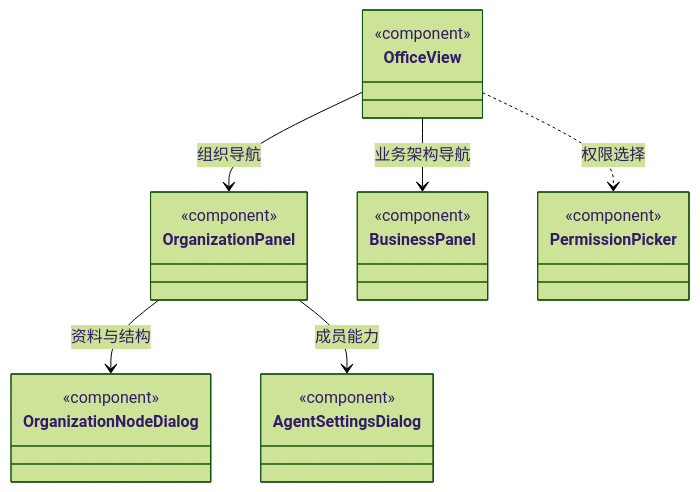
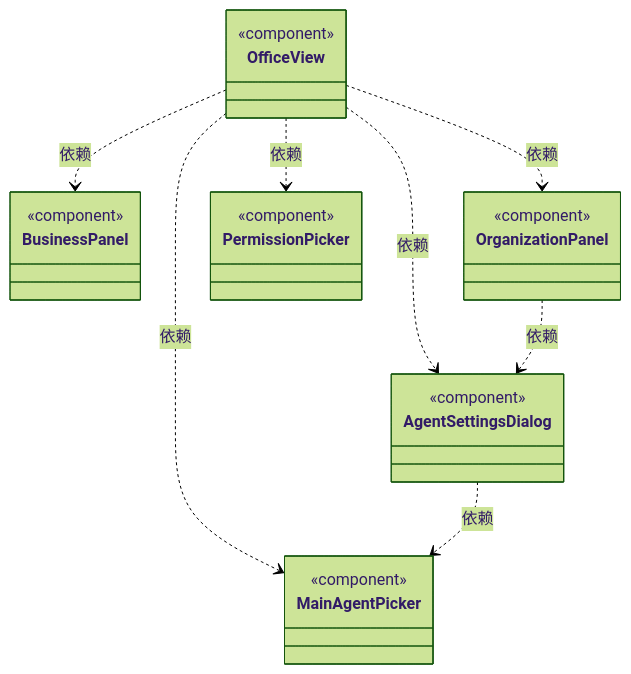
Before and after one commit to nan023062/cbim: the third of 4 diagrams in src/view-new/office/ARCHITECTURE.md, drawn with Mermaid (forest theme). The commit also changed other lines of this file and 24 other files, not shown here.

First line of the commit message:
chore: repair test ownership and architecture documentation

````diff
--- a/src/view-new/office/ARCHITECTURE.md
+++ b/src/view-new/office/ARCHITECTURE.md
@@ -49,31 +51,34 @@
 ```mermaid
 classDiagram
-class OrganizationPanel {
-  <<component>>
-}
-class OrganizationNodeDialog {
-  <<component>>
-}
-class AgentSettingsDialog {
-  <<component>>
-}
-N_47ff8530ce2c --> OrganizationPanel : 组织导航
-OrganizationPanel --> OrganizationNodeDialog : 资料与结构
-OrganizationPanel --> AgentSettingsDialog : 成员能力
-click OrganizationPanel href "OrganizationPanel.tsx"
-click OrganizationNodeDialog href "OrganizationNodeDialog.tsx"
-class BusinessPanel {
-  <<component>>
-}
-click BusinessPanel href "BusinessPanel.tsx"
-N_47ff8530ce2c --> BusinessPanel : 业务架构导航
 class N_47ff8530ce2c["OfficeView"] {
   <<component>>
 }
 click N_47ff8530ce2c href "OfficeView.tsx"
-class PermissionPicker {
+class N_7c8488e29192["BusinessPanel"] {
   <<component>>
 }
-click PermissionPicker href "PermissionPicker.tsx"
-N_47ff8530ce2c ..> PermissionPicker : 权限选择
+click N_7c8488e29192 href "BusinessPanel.tsx"
+class N_c15a3650d04b["OrganizationPanel"] {
+  <<component>>
+}
+click N_c15a3650d04b href "OrganizationPanel.tsx"
+class N_9d1bfcb96dd1["AgentSettingsDialog"] {
+  <<component>>
+}
+click N_9d1bfcb96dd1 href "AgentSettingsDialog.tsx"
+class N_33df8b711739["MainAgentPicker"] {
+  <<component>>
+}
+click N_33df8b711739 href "MainAgentPicker.tsx"
+class N_fee1596bd586["PermissionPicker"] {
+  <<component>>
+}
+click N_fee1596bd586 href "PermissionPicker.tsx"
+N_47ff8530ce2c ..> N_7c8488e29192 : 依赖
+N_47ff8530ce2c ..> N_c15a3650d04b : 依赖
+N_47ff8530ce2c ..> N_9d1bfcb96dd1 : 依赖
+N_47ff8530ce2c ..> N_33df8b711739 : 依赖
+N_47ff8530ce2c ..> N_fee1596bd586 : 依赖
+N_c15a3650d04b ..> N_9d1bfcb96dd1 : 依赖
+N_9d1bfcb96dd1 ..> N_33df8b711739 : 依赖
 ```
````
